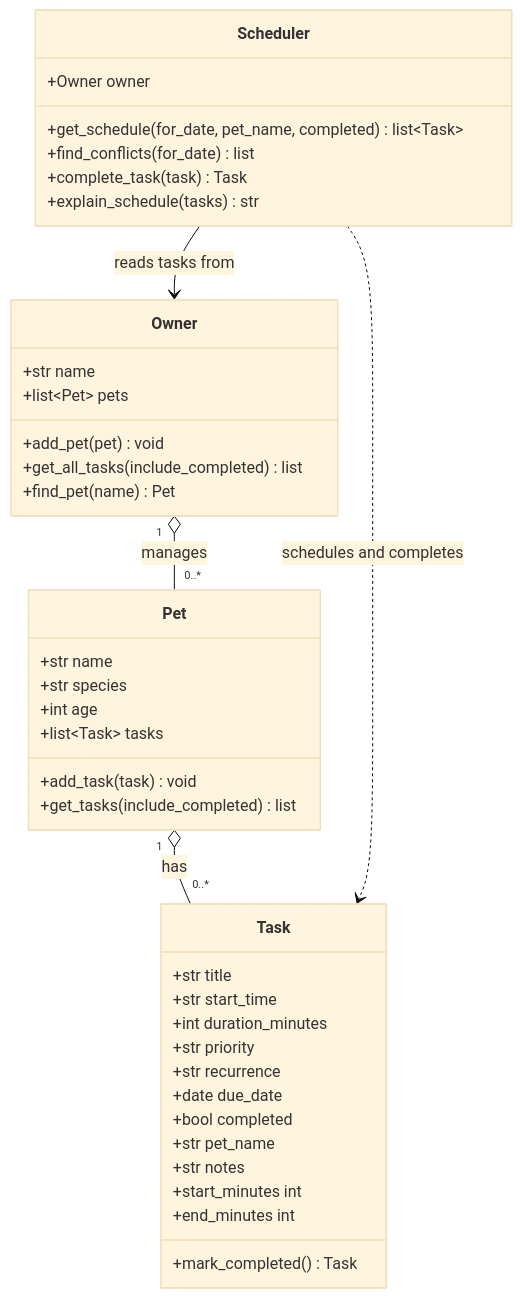
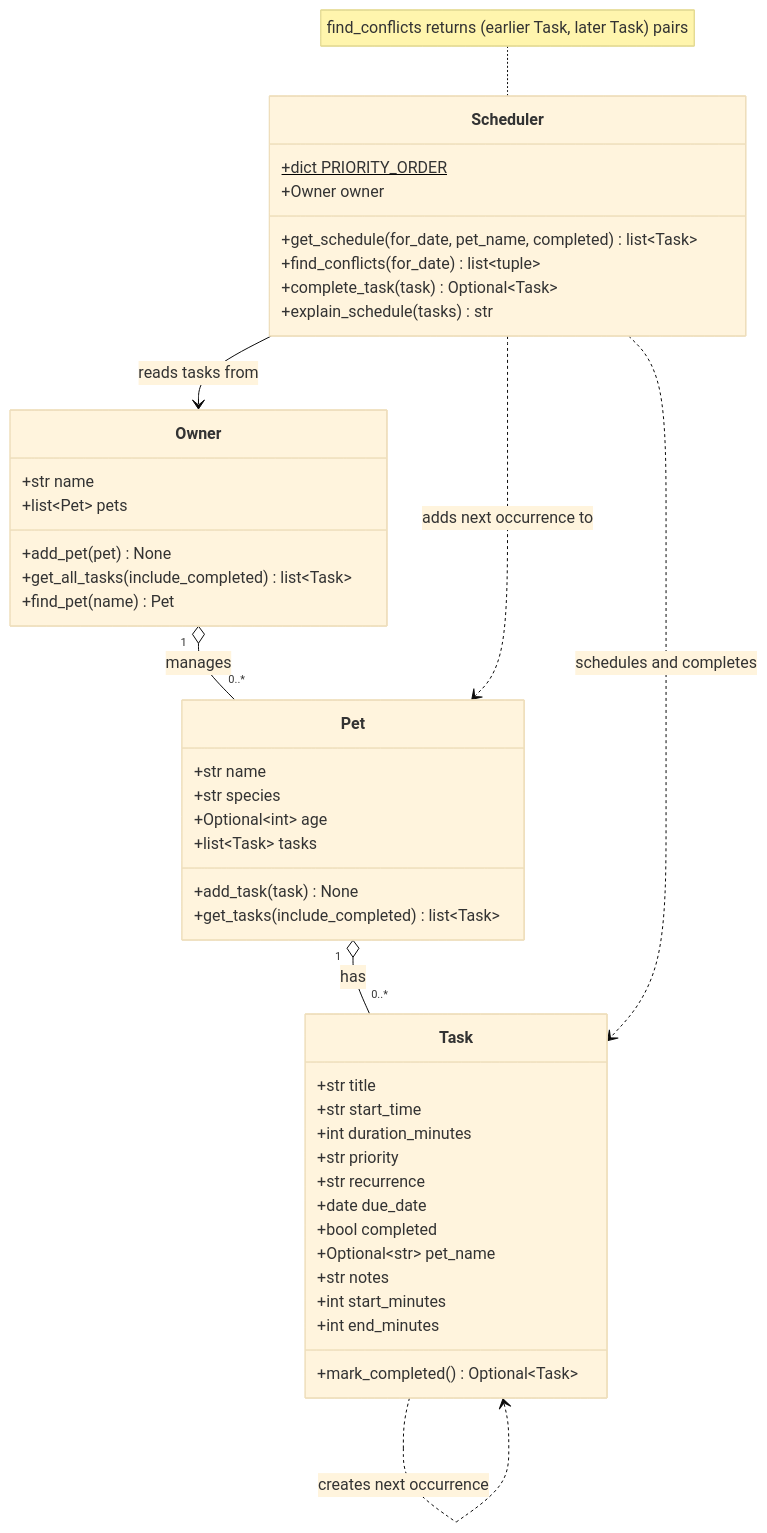
The diagram in diagrams/uml_final.mmd (peteshaw/ai110-module2show-pawpal-starter), drawn with Mermaid (base theme) before and after one commit. The commit also changed 2 other files, not shown here.

```diff
--- a/diagrams/uml_final.mmd
+++ b/diagrams/uml_final.mmd
@@ -1,41 +1,45 @@
 classDiagram
     class Task {
         +str title
         +str start_time
         +int duration_minutes
         +str priority
         +str recurrence
         +date due_date
         +bool completed
-        +str pet_name
+        +Optional~str~ pet_name
         +str notes
-        +start_minutes int
-        +end_minutes int
-        +mark_completed() Task
+        +int start_minutes
+        +int end_minutes
+        +mark_completed() Optional~Task~
     }
     class Pet {
         +str name
         +str species
-        +int age
+        +Optional~int~ age
         +list~Task~ tasks
-        +add_task(task) void
-        +get_tasks(include_completed) list
+        +add_task(task) None
+        +get_tasks(include_completed) list~Task~
     }
     class Owner {
         +str name
         +list~Pet~ pets
-        +add_pet(pet) void
-        +get_all_tasks(include_completed) list
+        +add_pet(pet) None
+        +get_all_tasks(include_completed) list~Task~
         +find_pet(name) Pet
     }
     class Scheduler {
+        +dict PRIORITY_ORDER$
         +Owner owner
         +get_schedule(for_date, pet_name, completed) list~Task~
-        +find_conflicts(for_date) list
-        +complete_task(task) Task
+        +find_conflicts(for_date) list~tuple~
+        +complete_task(task) Optional~Task~
         +explain_schedule(tasks) str
     }
+    note for Scheduler "find_conflicts returns (earlier Task, later Task) pairs"
     Owner "1" o-- "0..*" Pet : manages
     Pet "1" o-- "0..*" Task : has
     Scheduler --> Owner : reads tasks from
     Scheduler ..> Task : schedules and completes
+    Scheduler ..> Pet : adds next occurrence to
+    Task ..> Task : creates next occurrence
```
